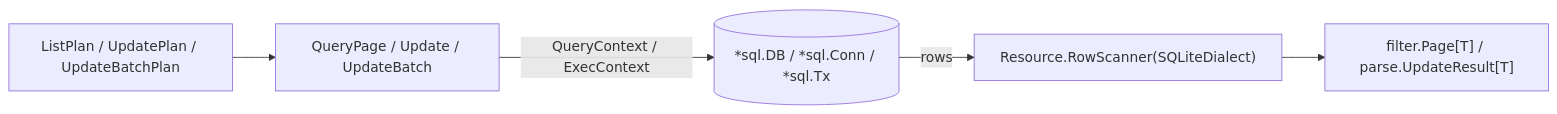
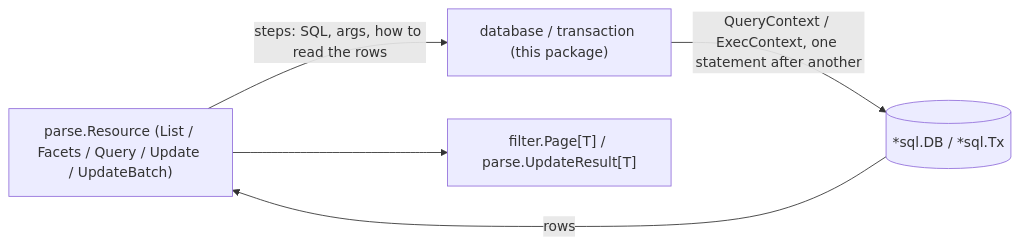
One commit to ashtonian/pkg changed the diagram in parse/parsesql/README.md. Above: the diagram before and after it, drawn with Mermaid. The commit also changed other lines of this file and 246 other files, not shown here.

````diff
--- a/parse/parsesql/README.md
+++ b/parse/parsesql/README.md
@@ -24,7 +33,7 @@
 ```mermaid
 flowchart LR
-    plan["ListPlan / UpdatePlan / UpdateBatchPlan"] --> exec["QueryPage / Update / UpdateBatch"]
-    exec -->|"QueryContext / ExecContext"| db[("*sql.DB / *sql.Conn / *sql.Tx")]
-    db -->|"rows"| scanner["Resource.RowScanner(SQLiteDialect)"]
-    scanner --> out["filter.Page[T] / parse.UpdateResult[T]"]
+    res["parse.Resource (List / Facets / Query / Update / UpdateBatch)"] -->|"steps: SQL, args, how to read the rows"| conn["database / transaction (this package)"]
+    conn -->|"QueryContext / ExecContext, one statement after another"| db[("*sql.DB / *sql.Tx")]
+    db -->|"rows"| res
+    res --> out["filter.Page[T] / parse.UpdateResult[T]"]
 ```
````
